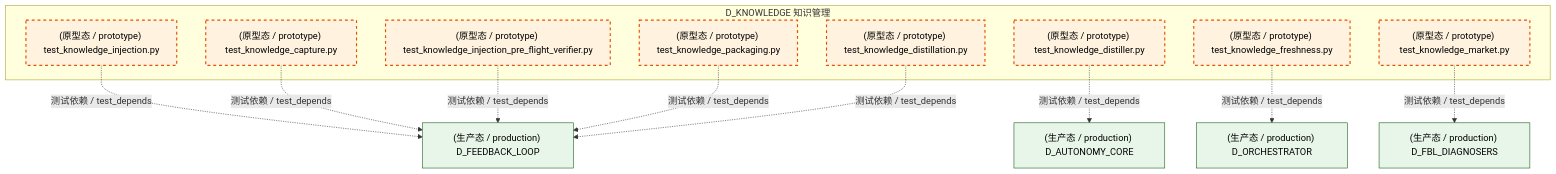
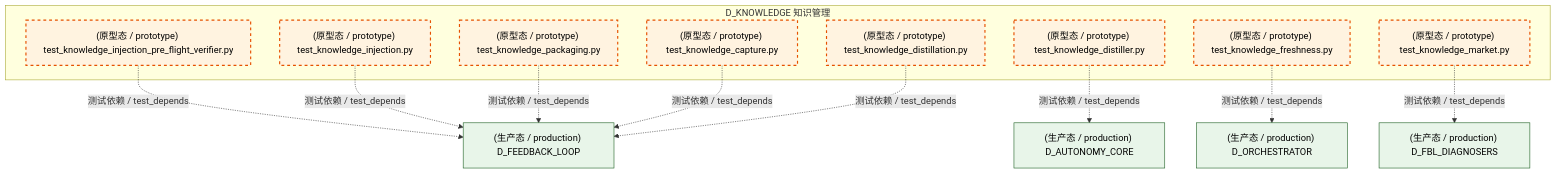
One commit to xuanFelixVan/ZephyrAlpha changed the second of 5 diagrams in docs/02_enterprise_architecture/02_domain_architecture_docs/48_d_knowledge.md. Above: the diagram before and after it, drawn with Mermaid. The commit also changed other lines of this file and 85 other files, not shown here.

````diff
--- a/docs/02_enterprise_architecture/02_domain_architecture_docs/48_d_knowledge.md
+++ b/docs/02_enterprise_architecture/02_domain_architecture_docs/48_d_knowledge.md
@@ -174,31 +176,31 @@
 ```mermaid
 graph TD
     subgraph D_KNOWLEDGE["D_KNOWLEDGE 知识管理"]
         tests_knowledge_engine_test_knowledge_capture_py["(原型态 / prototype) test_knowledge_capture.py"]
         tests_knowledge_engine_test_knowledge_distillation_py["(原型态 / prototype) test_knowledge_distillation.py"]
         tests_knowledge_engine_test_knowledge_distiller_py["(原型态 / prototype) test_knowledge_distiller.py"]
         tests_knowledge_engine_test_knowledge_freshness_py["(原型态 / prototype) test_knowledge_freshness.py"]
         tests_knowledge_engine_test_knowledge_injection_py["(原型态 / prototype) test_knowledge_injection.py"]
         tests_knowledge_engine_test_knowledge_injection_pre_flight_verifier_py["(原型态 / prototype) test_knowledge_injection_pre_flight_verifier.py"]
         tests_knowledge_engine_test_knowledge_market_py["(原型态 / prototype) test_knowledge_market.py"]
         tests_knowledge_engine_test_knowledge_packaging_py["(原型态 / prototype) test_knowledge_packaging.py"]
     end
-    D_ORCHESTRATOR["(生产态 / production) D_ORCHESTRATOR"]
-    tests_knowledge_engine_test_knowledge_freshness_py -.->|测试依赖 / test_depends| D_ORCHESTRATOR
     D_FEEDBACK_LOOP["(生产态 / production) D_FEEDBACK_LOOP"]
-    tests_knowledge_engine_test_knowledge_injection_py -.->|测试依赖 / test_depends| D_FEEDBACK_LOOP
-    tests_knowledge_engine_test_knowledge_capture_py -.->|测试依赖 / test_depends| D_FEEDBACK_LOOP
     tests_knowledge_engine_test_knowledge_injection_pre_flight_verifier_py -.->|测试依赖 / test_depends| D_FEEDBACK_LOOP
     D_FBL_DIAGNOSERS["(生产态 / production) D_FBL_DIAGNOSERS"]
     tests_knowledge_engine_test_knowledge_market_py -.->|测试依赖 / test_depends| D_FBL_DIAGNOSERS
+    D_ORCHESTRATOR["(生产态 / production) D_ORCHESTRATOR"]
+    tests_knowledge_engine_test_knowledge_freshness_py -.->|测试依赖 / test_depends| D_ORCHESTRATOR
+    tests_knowledge_engine_test_knowledge_injection_py -.->|测试依赖 / test_depends| D_FEEDBACK_LOOP
     tests_knowledge_engine_test_knowledge_packaging_py -.->|测试依赖 / test_depends| D_FEEDBACK_LOOP
+    tests_knowledge_engine_test_knowledge_capture_py -.->|测试依赖 / test_depends| D_FEEDBACK_LOOP
     tests_knowledge_engine_test_knowledge_distillation_py -.->|测试依赖 / test_depends| D_FEEDBACK_LOOP
     D_AUTONOMY_CORE["(生产态 / production) D_AUTONOMY_CORE"]
     tests_knowledge_engine_test_knowledge_distiller_py -.->|测试依赖 / test_depends| D_AUTONOMY_CORE
     classDef production fill:#e1f5fe,stroke:#01579b,stroke-width:2px,color:#000
     classDef design fill:#fff3e0,stroke:#e65100,stroke-width:2px,color:#000,stroke-dasharray: 5 5
     classDef external_prod fill:#e8f5e9,stroke:#1b5e20,stroke-width:1px,color:#000
     classDef external_design fill:#fce4ec,stroke:#880e4f,stroke-width:1px,color:#000,stroke-dasharray: 5 5
     class tests_knowledge_engine_test_knowledge_capture_py,tests_knowledge_engine_test_knowledge_distillation_py,tests_knowledge_engine_test_knowledge_distiller_py,tests_knowledge_engine_test_knowledge_freshness_py,tests_knowledge_engine_test_knowledge_injection_py,tests_knowledge_engine_test_knowledge_injection_pre_flight_verifier_py,tests_knowledge_engine_test_knowledge_market_py,tests_knowledge_engine_test_knowledge_packaging_py design
-    class D_ORCHESTRATOR,D_FEEDBACK_LOOP,D_FBL_DIAGNOSERS,D_AUTONOMY_CORE external_prod
+    class D_FEEDBACK_LOOP,D_FBL_DIAGNOSERS,D_ORCHESTRATOR,D_AUTONOMY_CORE external_prod
 ```
````
